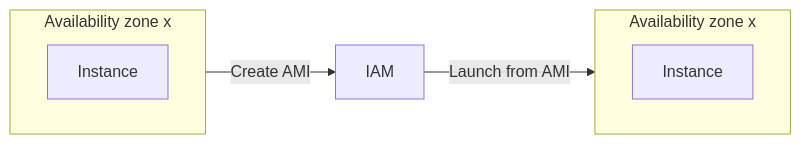
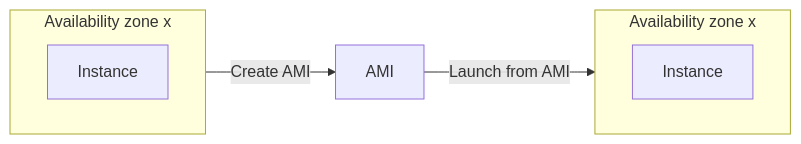
The first of 6 diagrams in AWS/services/ec2.md (CSpyridakis/notes), drawn with Mermaid before and after one commit. The commit also changed 5 other files, not shown here.

````diff
--- a/AWS/services/ec2.md
+++ b/AWS/services/ec2.md
@@ -29,17 +29,17 @@
    ```mermaid
     flowchart LR
     
     subgraph az2["Availability zone x"]
         direction LR
         az2-ec2-1["Instance"]
     end
 
     subgraph az1["Availability zone x"]
         direction LR
         az1-ec2-1["Instance"]
     end
 
     az1-ec2-1 --> |Create AMI| iam
-    iam["IAM"]
+    iam["AMI"]
     iam --> |Launch from AMI| az2-ec2-1
    ```
````
